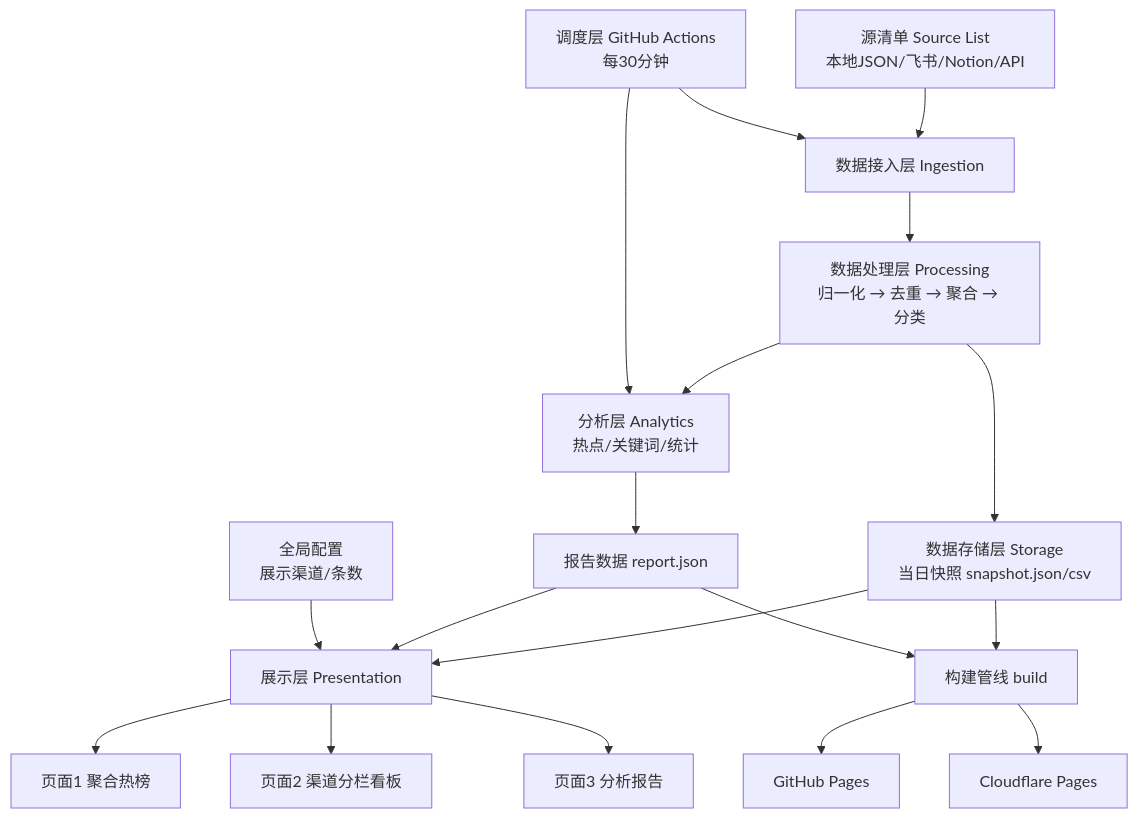
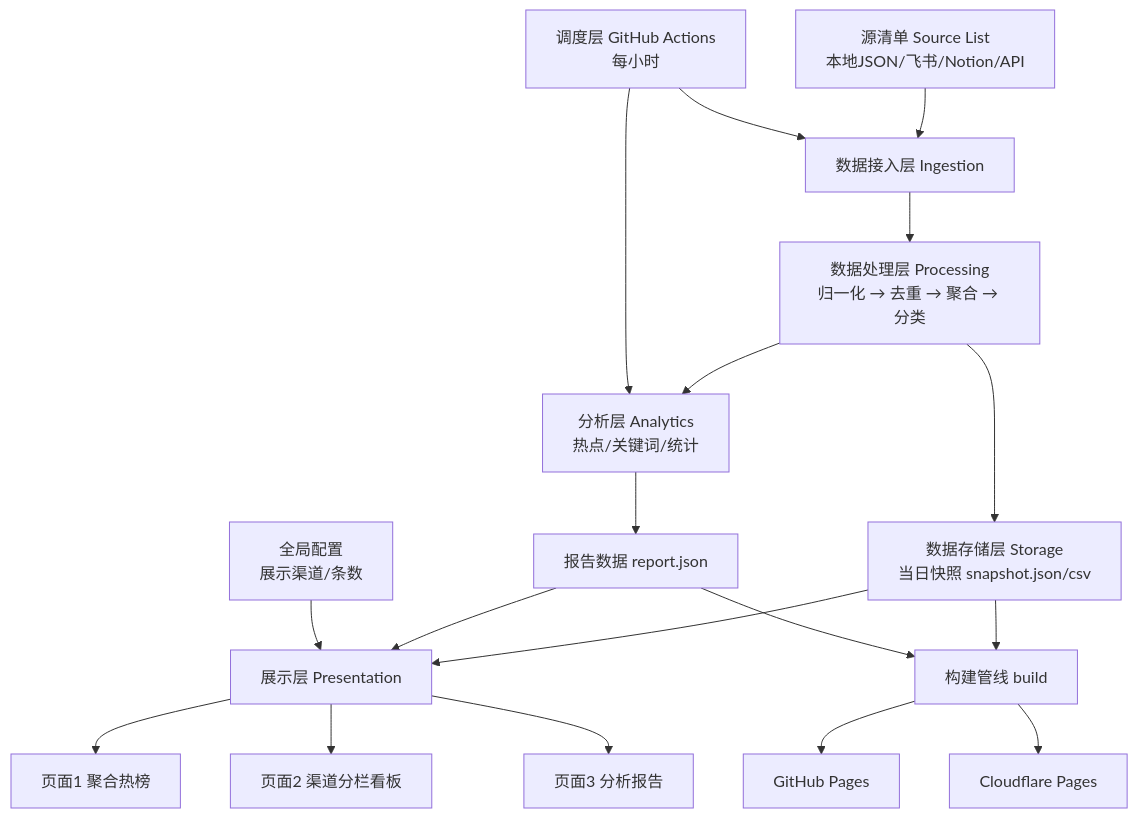
One commit to Shonee/rss-radar changed the first of 2 diagrams in docs/PRD.md. Above: the diagram before and after it, drawn with Mermaid. The commit also changed other lines of this file and 3 other files, not shown here.

````diff
--- a/docs/PRD.md
+++ b/docs/PRD.md
@@ -239,20 +239,20 @@
 ```mermaid
 flowchart TD
     A[源清单 Source List<br/>本地JSON/飞书/Notion/API] --> B[数据接入层 Ingestion]
     B --> C[数据处理层 Processing<br/>归一化 → 去重 → 聚合 → 分类]
     C --> D[数据存储层 Storage<br/>当日快照 snapshot.json/csv]
     C --> E[分析层 Analytics<br/>热点/关键词/统计]
     E --> F[报告数据 report.json]
     D --> G[展示层 Presentation]
     F --> G
     G --> G1[页面1 聚合热榜]
     G --> G2[页面2 渠道分栏看板]
     G --> G3[页面3 分析报告]
-    H[调度层 GitHub Actions<br/>每30分钟] --> B
+    H[调度层 GitHub Actions<br/>每小时] --> B
     H --> E
     D --> I[构建管线 build]
     F --> I
     I --> J1[GitHub Pages]
     I --> J2[Cloudflare Pages]
     K[全局配置<br/>展示渠道/条数] --> G
 ```
````
